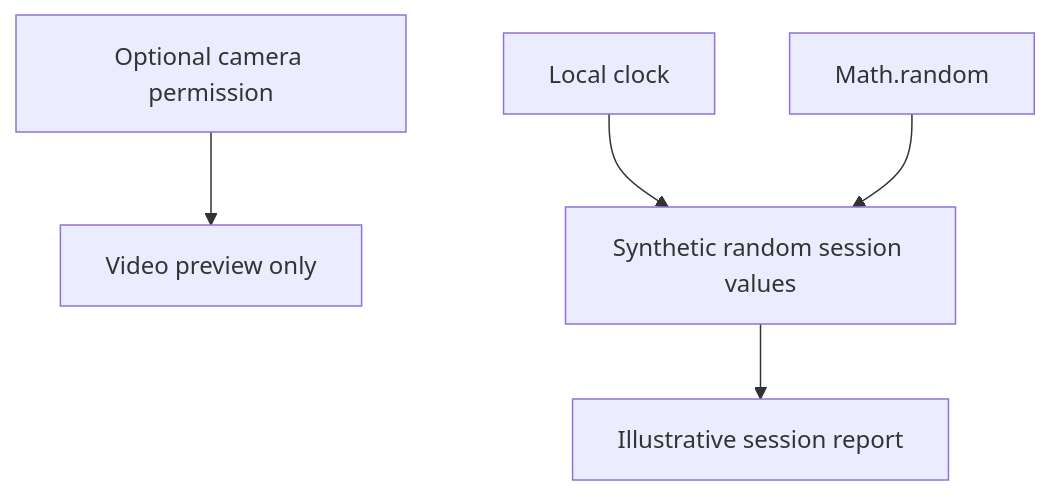
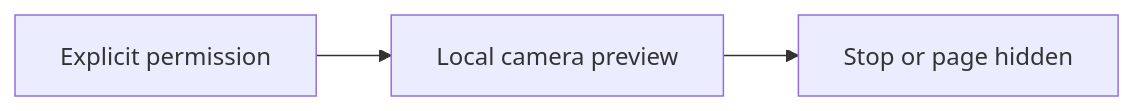
The diagram in README.md (Nikoju1977/agent-biometrique), drawn with Mermaid before and after one commit. The commit also changed other lines of this file, not shown here.

````diff
--- a/README.md
+++ b/README.md
@@ -9,7 +9,5 @@
 ```mermaid
-flowchart TD
- Cam[Optional camera permission] --> Preview[Video preview only]
- Clock[Local clock] --> Demo[Synthetic random session values]
- Random[Math.random] --> Demo
- Demo --> Summary[Illustrative session report]
+flowchart LR
+ Consent[Explicit permission] --> Preview[Local camera preview]
+ Preview --> Stop[Stop or page hidden]
 ```
````
